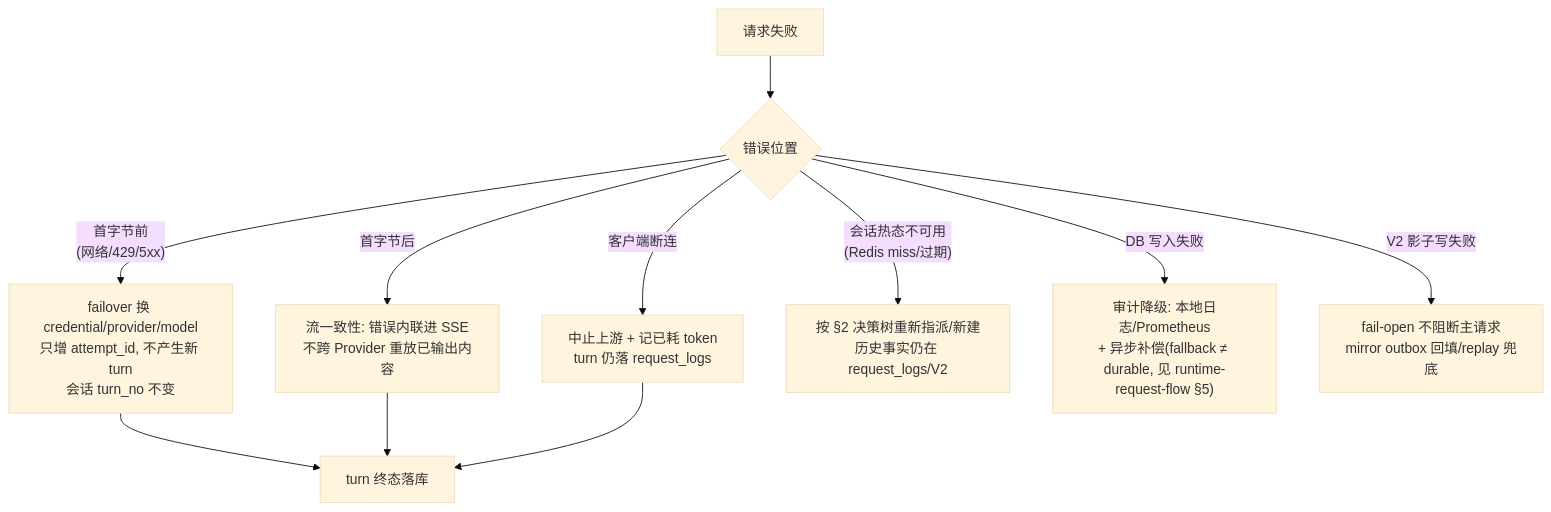
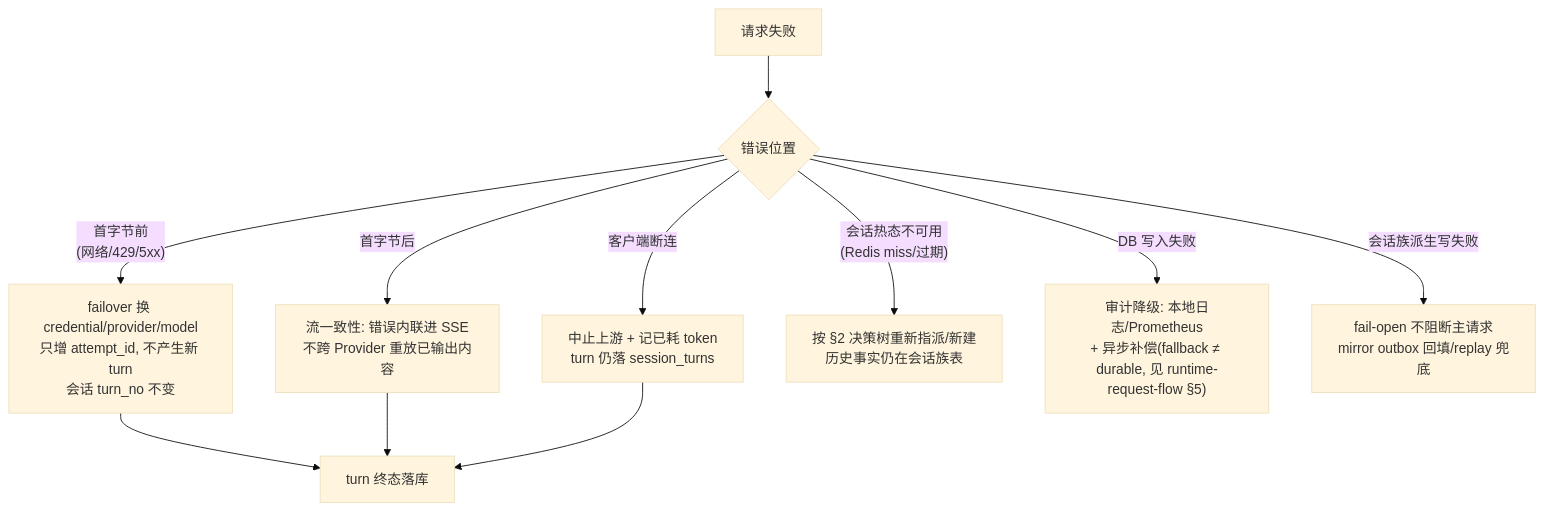
Before and after one commit to halfking/ai-native-gateway-core: the ninth of 9 diagrams in docs/session-lifecycle.md, drawn with Mermaid (base theme). The commit also changed other lines of this file and 41 other files, not shown here.

Commit message:
feat(outbox|taskbus|capture): GW-1.2 event_builder_v1 + ASM taskbus 双写桥 S1（TASKBUS_ASM_BRIDGE 默认关）+ userscript capture 摄取端点（P0-3 M1，SECRET 未配置=能力不可用）+ session-lifecycle 事实快照刷新至 2026-11-02（v1 request_logs 族已 DROP，会话族唯一 canonical）

````diff
--- a/docs/session-lifecycle.md
+++ b/docs/session-lifecycle.md
@@ -309,13 +310,13 @@
 ```mermaid
 graph TB
     ERR["请求失败"] --> KIND{"错误位置"}
     KIND -->|"首字节前<br/>(网络/429/5xx)"| PRE["failover 换 credential/provider/model<br/>只增 attempt_id, 不产生新 turn<br/>会话 turn_no 不变"]
     KIND -->|"首字节后"| POST["流一致性: 错误内联进 SSE<br/>不跨 Provider 重放已输出内容"]
-    KIND -->|"客户端断连"| CANCEL["中止上游 + 记已耗 token<br/>turn 仍落 request_logs"]
-    KIND -->|"会话热态不可用<br/>(Redis miss/过期)"| SESSNEW["按 §2 决策树重新指派/新建<br/>历史事实仍在 request_logs/V2"]
+    KIND -->|"客户端断连"| CANCEL["中止上游 + 记已耗 token<br/>turn 仍落 session_turns"]
+    KIND -->|"会话热态不可用<br/>(Redis miss/过期)"| SESSNEW["按 §2 决策树重新指派/新建<br/>历史事实仍在会话族表"]
     KIND -->|"DB 写入失败"| FALL["审计降级: 本地日志/Prometheus<br/>+ 异步补偿(fallback ≠ durable, 见 runtime-request-flow §5)"]
-    KIND -->|"V2 影子写失败"| OPEN["fail-open 不阻断主请求<br/>mirror outbox 回填/replay 兜底"]
+    KIND -->|"会话族派生写失败"| OPEN["fail-open 不阻断主请求<br/>mirror outbox 回填/replay 兜底"]
     PRE --> TURNEND["turn 终态落库"]
     POST --> TURNEND
     CANCEL --> TURNEND
 ```
````
